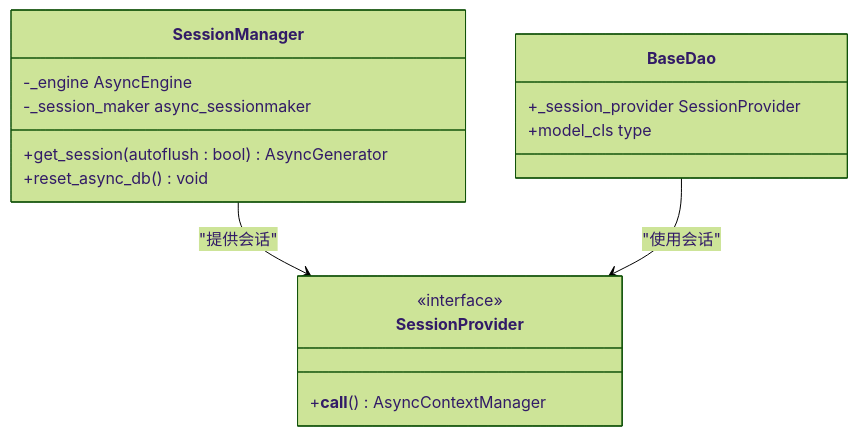
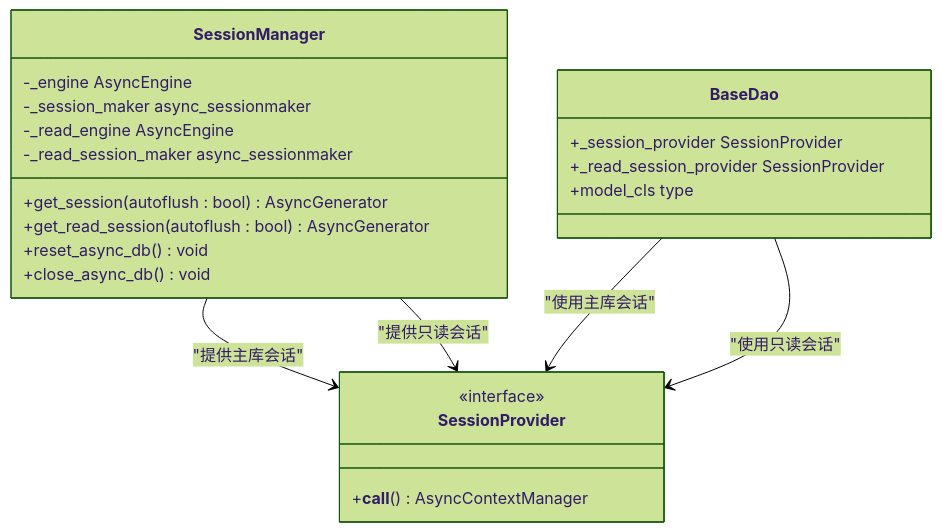
Before and after one commit to lilinzezzzzzz/fastapi-backend: the fifth of 12 diagrams in .qoder/repowiki/zh/content/数据库集成/连接池管理.md, drawn with Mermaid (forest theme). The commit also changed other lines of this file and 42 other files, not shown here.

````diff
--- a/.qoder/repowiki/zh/content/数据库集成/连接池管理.md
+++ b/.qoder/repowiki/zh/content/数据库集成/连接池管理.md
@@ -204,19 +226,26 @@
 ```mermaid
 classDiagram
 class SessionManager {
 +get_session(autoflush : bool) AsyncGenerator
++get_read_session(autoflush : bool) AsyncGenerator
 +reset_async_db() void
++close_async_db() void
 -_engine AsyncEngine
 -_session_maker async_sessionmaker
+-_read_engine AsyncEngine
+-_read_session_maker async_sessionmaker
 }
 class SessionProvider {
 <<interface>>
 +__call__() AsyncContextManager
 }
 class BaseDao {
 +_session_provider SessionProvider
++_read_session_provider SessionProvider
 +model_cls type
 }
-SessionManager --> SessionProvider : "提供会话"
-BaseDao --> SessionProvider : "使用会话"
+SessionManager --> SessionProvider : "提供主库会话"
+SessionManager --> SessionProvider : "提供只读会话"
+BaseDao --> SessionProvider : "使用主库会话"
+BaseDao --> SessionProvider : "使用只读会话"
 ```
````
